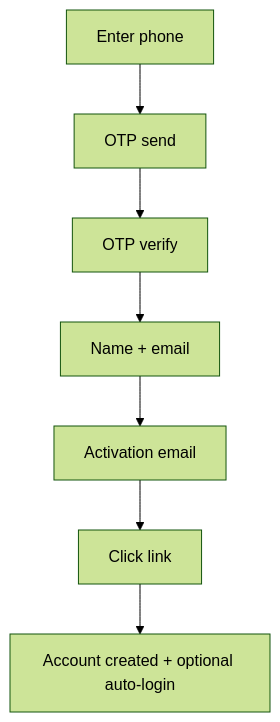
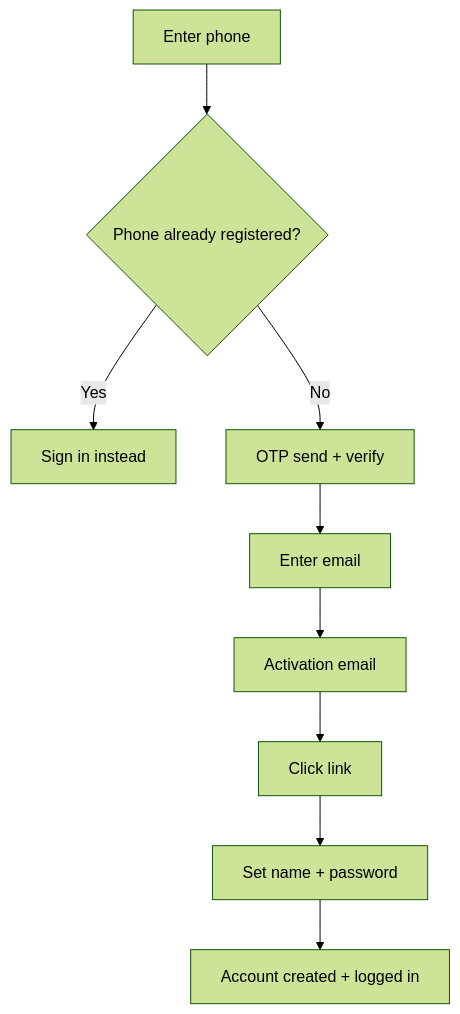
Before and after one commit to golpochat/community-marketplace: the diagram in docs/features/authentication.md, drawn with Mermaid (forest theme). The commit also changed other lines of this file and 108 other files, not shown here.

First line of the commit message:
Refactor dashboards and improve auth, profile, and storefront flows.

````diff
--- a/docs/features/authentication.md
+++ b/docs/features/authentication.md
@@ -28,9 +28,11 @@
 ```mermaid
 flowchart TD
-  A[Enter phone] --> B[OTP send]
-  B --> C[OTP verify]
-  C --> D[Name + email]
-  D --> E[Activation email]
-  E --> F[Click link]
-  F --> G[Account created + optional auto-login]
+  A[Enter phone] --> B{Phone already registered?}
+  B -->|Yes| C[Sign in instead]
+  B -->|No| D[OTP send + verify]
+  D --> E[Enter email]
+  E --> F[Activation email]
+  F --> G[Click link]
+  G --> H[Set name + password]
+  H --> I[Account created + logged in]
 ```
````
